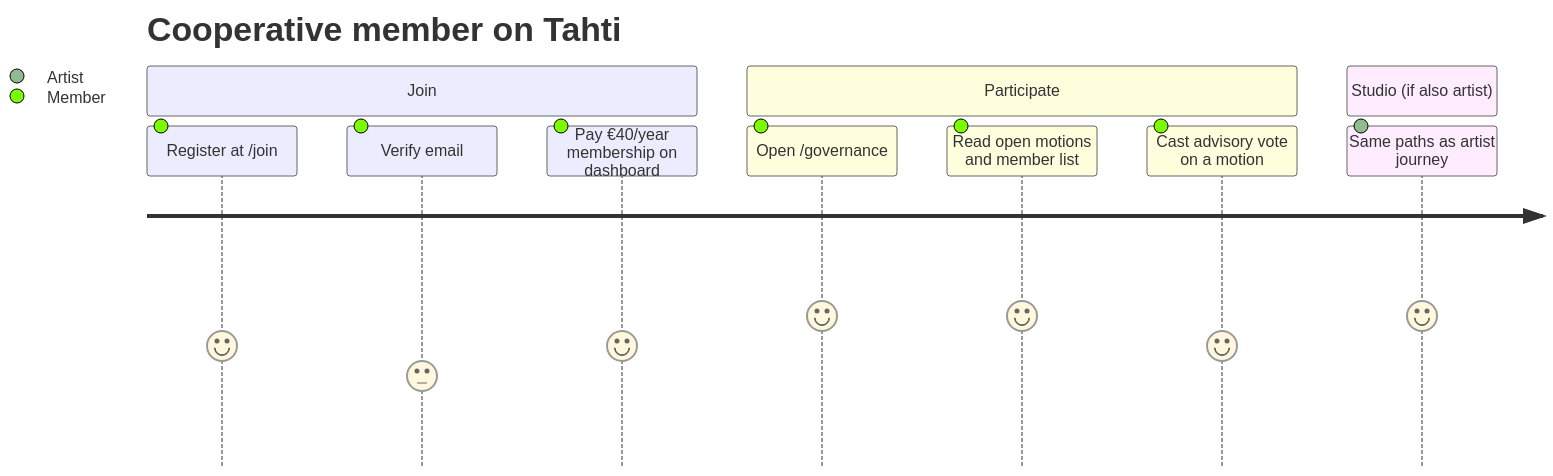
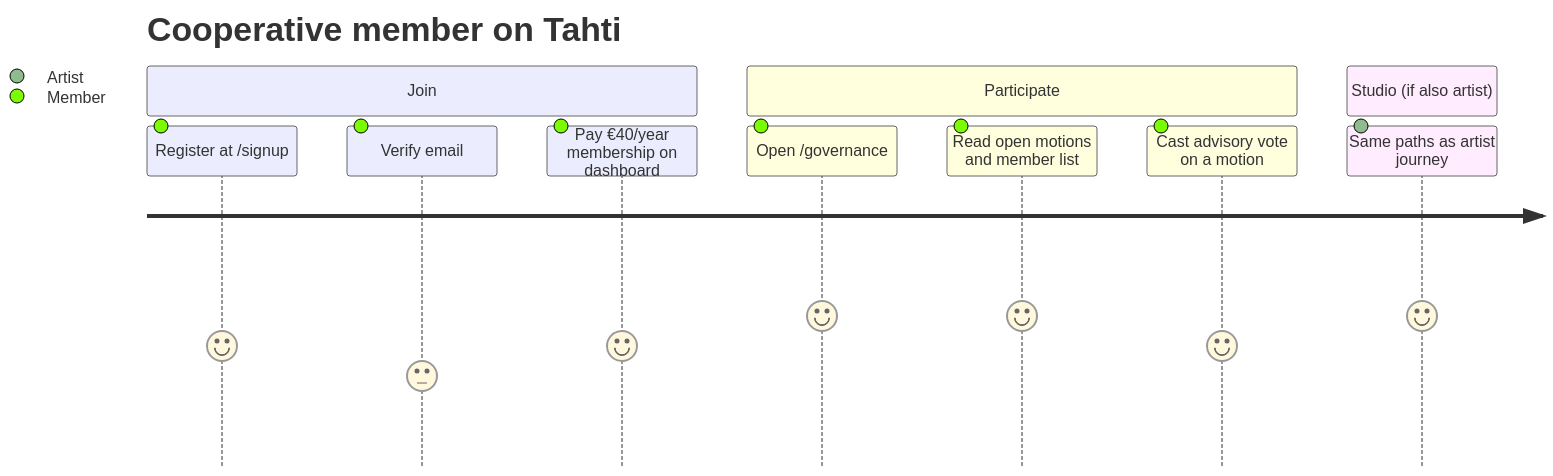
One commit to janiluuk/tahti-org changed the first of 3 diagrams in docs/technical/journey-member.md. Above: the diagram before and after it, drawn with Mermaid. The commit also changed other lines of this file and 24 other files, not shown here.

````diff
--- a/docs/technical/journey-member.md
+++ b/docs/technical/journey-member.md
@@ -17,14 +17,14 @@
 ```mermaid
 journey
     title Cooperative member on Tahti
     section Join
-      Register at /join                    : 4 : Member
+      Register at /signup                    : 4 : Member
       Verify email                         : 3 : Member
       Pay €40/year membership on dashboard : 4 : Member
     section Participate
       Open /governance                     : 5 : Member
       Read open motions and member list    : 5 : Member
       Cast advisory vote on a motion       : 4 : Member
     section Studio (if also artist)
       Same paths as artist journey           : 5 : Artist
 ```
````
